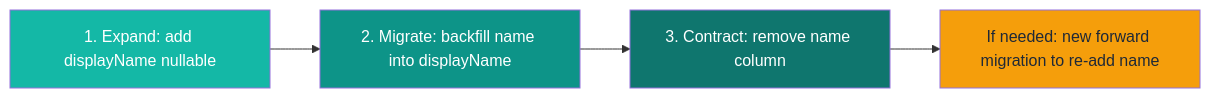
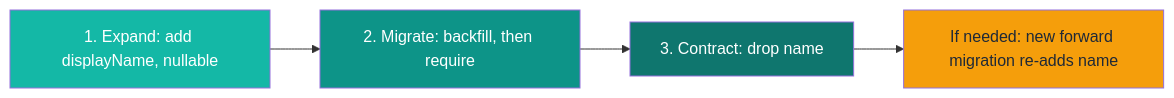
The third of 3 diagrams in apps/blog/content/blog/ship-risky-schema-changes-without-a-shared-staging-database/index.mdx (fawaz093n-netizen/web), drawn with Mermaid before and after one commit. The commit also changed other lines of this file and 3 other files, not shown here.

````diff
--- a/apps/blog/content/blog/ship-risky-schema-changes-without-a-shared-staging-database/index.mdx
+++ b/apps/blog/content/blog/ship-risky-schema-changes-without-a-shared-staging-database/index.mdx
@@ -244,10 +202,10 @@
 ```mermaid
 flowchart LR
-    E[1. Expand: add displayName nullable] --> M[2. Migrate: backfill name into displayName]
-    M --> C[3. Contract: remove name column]
-    C --> R[If needed: new forward migration to re-add name]
+    E[1. Expand: add displayName, nullable] --> M[2. Migrate: backfill, then require]
+    M --> C[3. Contract: drop name]
+    C --> R[If needed: new forward migration re-adds name]
     style E fill:#14b8a6,color:#fff
     style M fill:#0d9488,color:#fff
     style C fill:#0f766e,color:#fff
     style R fill:#f59e0b,color:#1f2937
 ```
````
